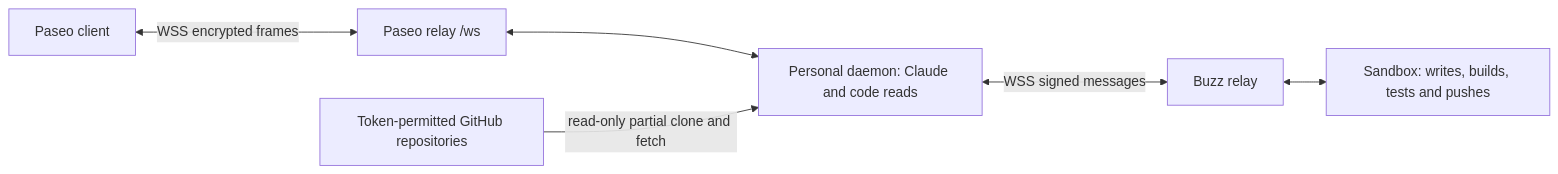
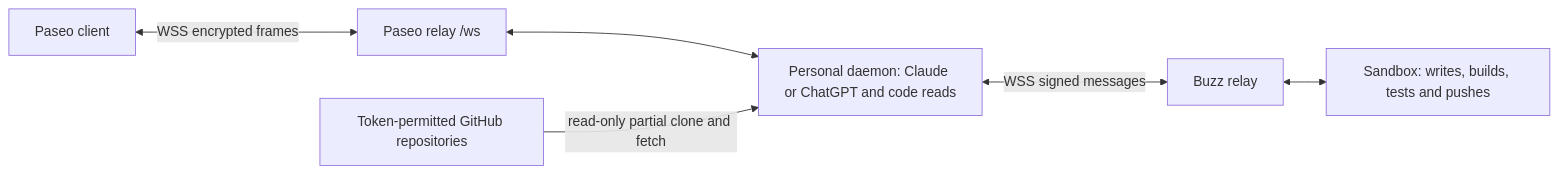
The diagram in voltage/images/paseo-daemon/README.md (voltagecloud/buzz), drawn with Mermaid before and after one commit. The commit also changed other lines of this file and 24 other files, not shown here.

Commit message:
feat(paseo): add a ChatGPT personal assistant (#224)

````diff
--- a/voltage/images/paseo-daemon/README.md
+++ b/voltage/images/paseo-daemon/README.md
@@ -8,8 +40,8 @@
 ```mermaid
 flowchart LR
   Client[Paseo client] <-->|WSS encrypted frames| Relay[Paseo relay /ws]
-  Relay <--> Daemon[Personal daemon: Claude and code reads]
+  Relay <--> Daemon[Personal daemon: Claude or ChatGPT and code reads]
   GitHub[Token-permitted GitHub repositories] -->|read-only partial clone and fetch| Daemon
   Daemon <-->|WSS signed messages| Buzz[Buzz relay]
   Buzz <--> Sandbox[Sandbox: writes, builds, tests and pushes]
 ```
````
